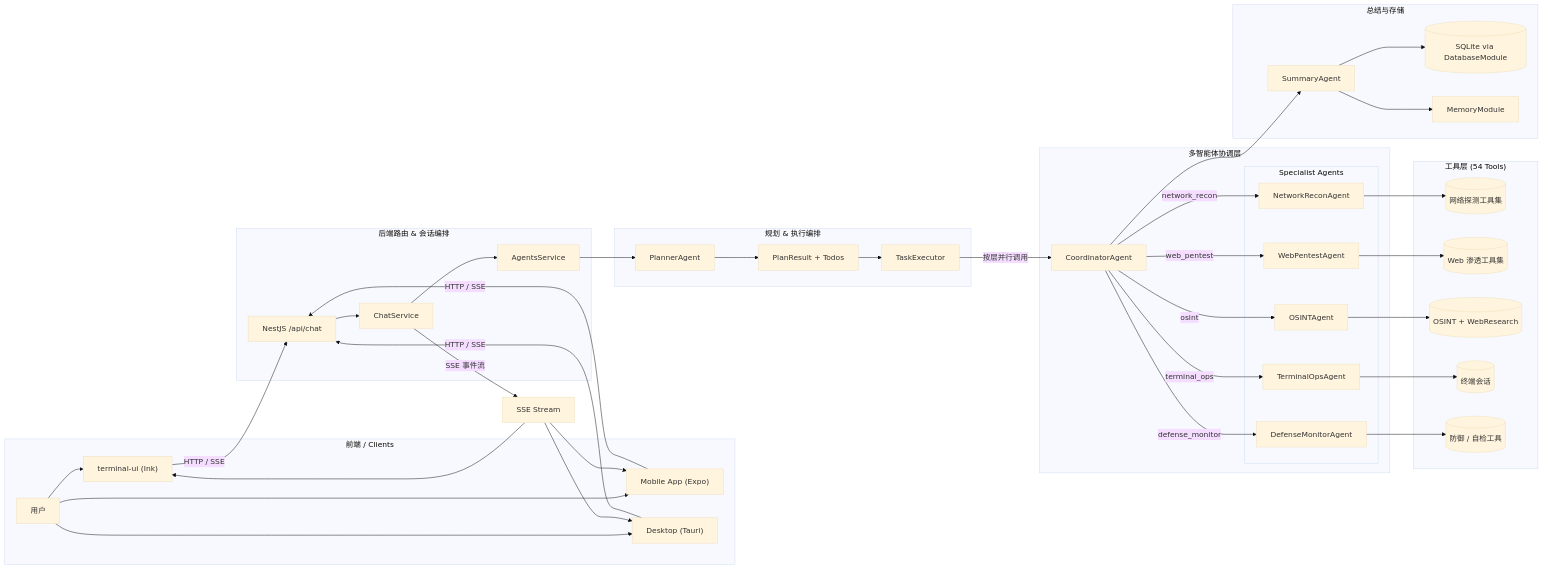
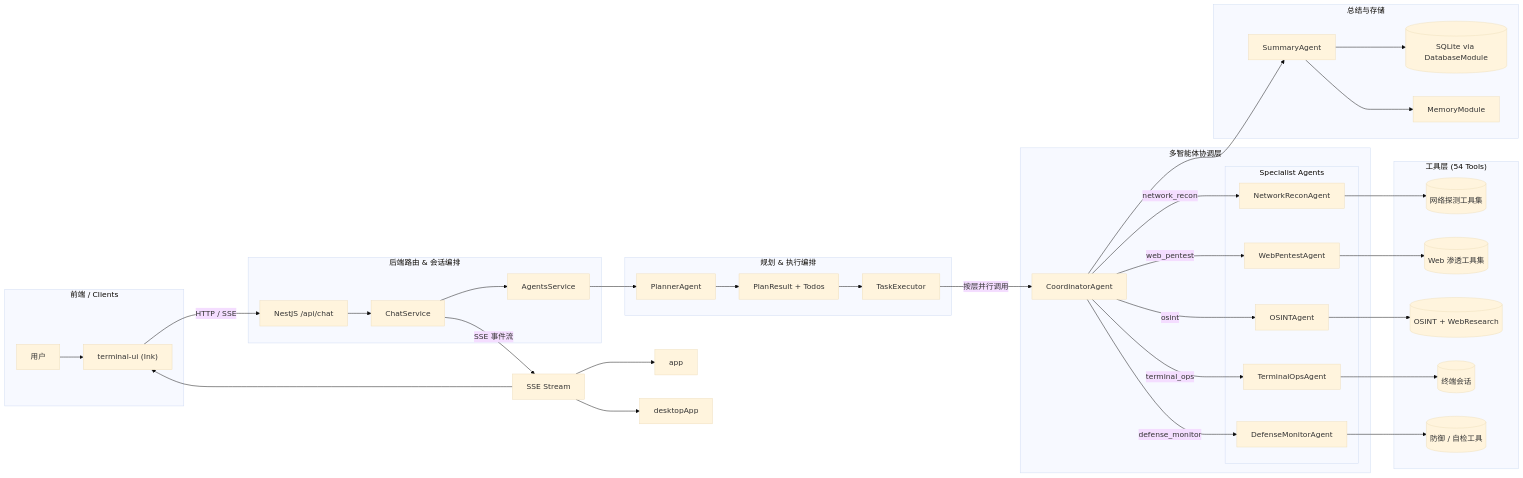
Before and after one commit to iammm0/secbot: the diagram in README_CN.md, drawn with Mermaid (base theme). The commit also changed other lines of this file and 85 other files, not shown here.

````diff
--- a/README_CN.md
+++ b/README_CN.md
@@ -60,71 +60,65 @@
 ```mermaid
 flowchart LR
   subgraph FrontendClients["前端 / Clients"]
     user[用户]
     tui["terminal-ui (Ink)"]
-    app["Mobile App (Expo)"]
-    desktopApp["Desktop (Tauri)"]
   end
 
   user --> tui
-  user --> app
-  user --> desktopApp
 
   tui -->|HTTP / SSE| api["NestJS /api/chat"]
-  app -->|HTTP / SSE| api
-  desktopApp -->|HTTP / SSE| api
 
   subgraph BackendRouter["后端路由 & 会话编排"]
     api --> chatSvc["ChatService"]
     chatSvc --> agentsSvc["AgentsService"]
   end
 
   subgraph PlanningExecution["规划 & 执行编排"]
     agentsSvc --> planner["PlannerAgent"]
     planner --> planResult["PlanResult + Todos"]
     planResult --> executor["TaskExecutor"]
   end
 
   subgraph AgentOrchestration["多智能体协调层"]
     executor -->|"按层并行调用"| coord["CoordinatorAgent"]
 
     subgraph SpecialistAgents["Specialist Agents"]
       net[NetworkReconAgent]
       webAgent[WebPentestAgent]
       osint[OSINTAgent]
       term[TerminalOpsAgent]
       defend[DefenseMonitorAgent]
     end
   end
 
   coord -->|network_recon| net
   coord -->|web_pentest| webAgent
   coord -->|osint| osint
   coord -->|terminal_ops| term
   coord -->|defense_monitor| defend
 
   subgraph ToolsLayer["工具层 (54 Tools)"]
     toolsNet[(网络探测工具集)]
     toolsWeb[(Web 渗透工具集)]
     toolsOsint[(OSINT + WebResearch)]
     toolsTerm[(终端会话)]
     toolsDef[(防御 / 自检工具)]
   end
 
   net --> toolsNet
   webAgent --> toolsWeb
   osint --> toolsOsint
   term --> toolsTerm
   defend --> toolsDef
 
   subgraph SummaryStorage["总结与存储"]
     coord --> summary[SummaryAgent]
     summary --> db[(SQLite via DatabaseModule)]
     summary --> memoryMod[MemoryModule]
   end
 
   chatSvc -->|SSE 事件流| sse[SSE Stream]
   sse --> tui
   sse --> app
   sse --> desktopApp
 ```
````
